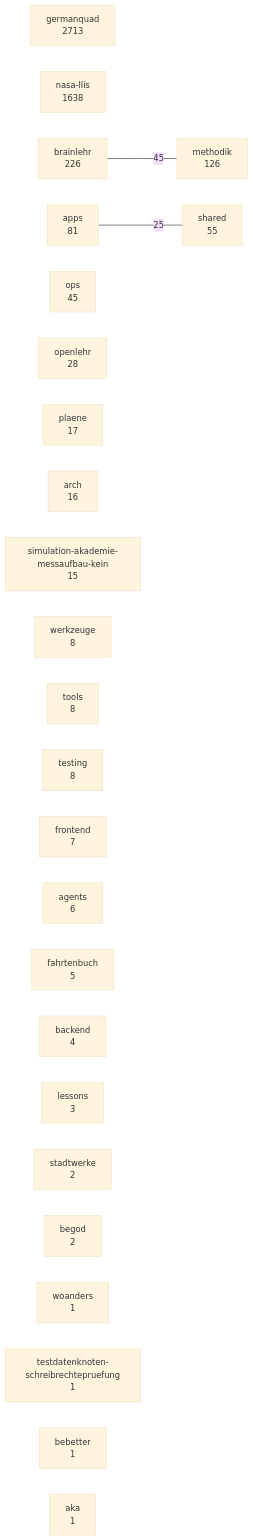
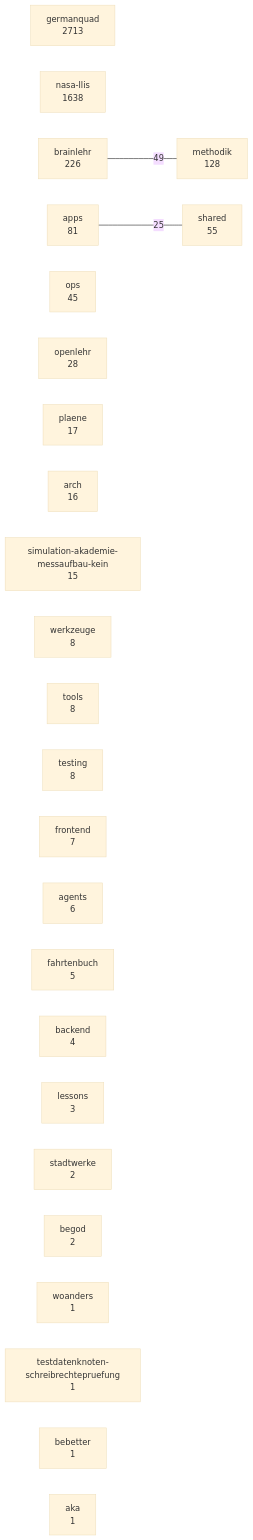
Before and after one commit to 3lehr/brainlehr: the diagram in docs/karten/bestand.md, drawn with Mermaid (base theme). The commit also changed 3 other files, not shown here.

````diff
--- a/docs/karten/bestand.md
+++ b/docs/karten/bestand.md
@@ -5,30 +5,30 @@
 ```mermaid
 graph LR
   germanquad["germanquad<br/>2713"]
   nasa_llis["nasa-llis<br/>1638"]
   brainlehr["brainlehr<br/>226"]
-  methodik["methodik<br/>126"]
+  methodik["methodik<br/>128"]
   apps["apps<br/>81"]
   shared["shared<br/>55"]
   ops["ops<br/>45"]
   openlehr["openlehr<br/>28"]
   plaene["plaene<br/>17"]
   arch["arch<br/>16"]
   simulation_akademie_messaufbau_kein["simulation-akademie-messaufbau-kein<br/>15"]
   werkzeuge["werkzeuge<br/>8"]
   tools["tools<br/>8"]
   testing["testing<br/>8"]
   frontend["frontend<br/>7"]
   agents["agents<br/>6"]
   fahrtenbuch["fahrtenbuch<br/>5"]
   backend["backend<br/>4"]
   lessons["lessons<br/>3"]
   stadtwerke["stadtwerke<br/>2"]
   begod["begod<br/>2"]
   woanders["woanders<br/>1"]
   testdatenknoten_schreibrechtepruefung["testdatenknoten-schreibrechtepruefung<br/>1"]
   bebetter["bebetter<br/>1"]
   aka["aka<br/>1"]
-  brainlehr ---|45| methodik
+  brainlehr ---|49| methodik
   apps ---|25| shared
 ```
````
